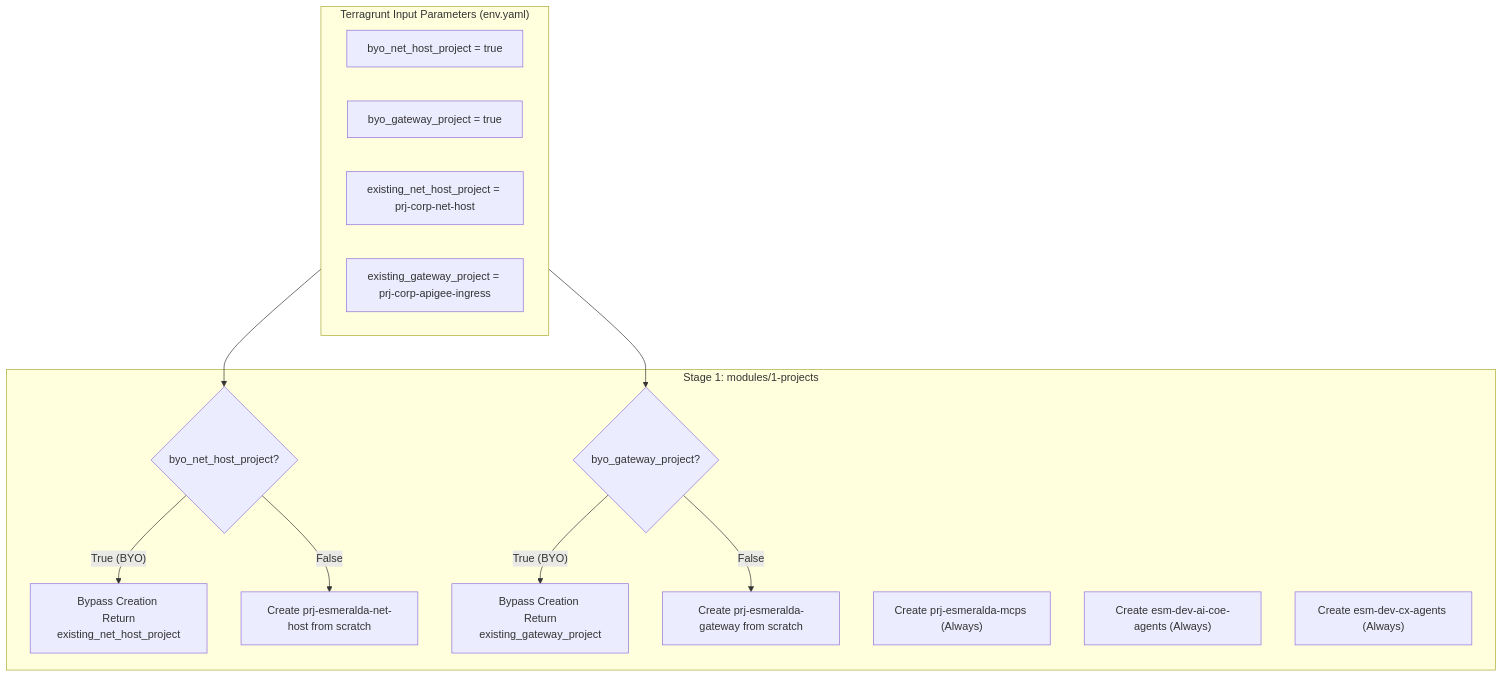
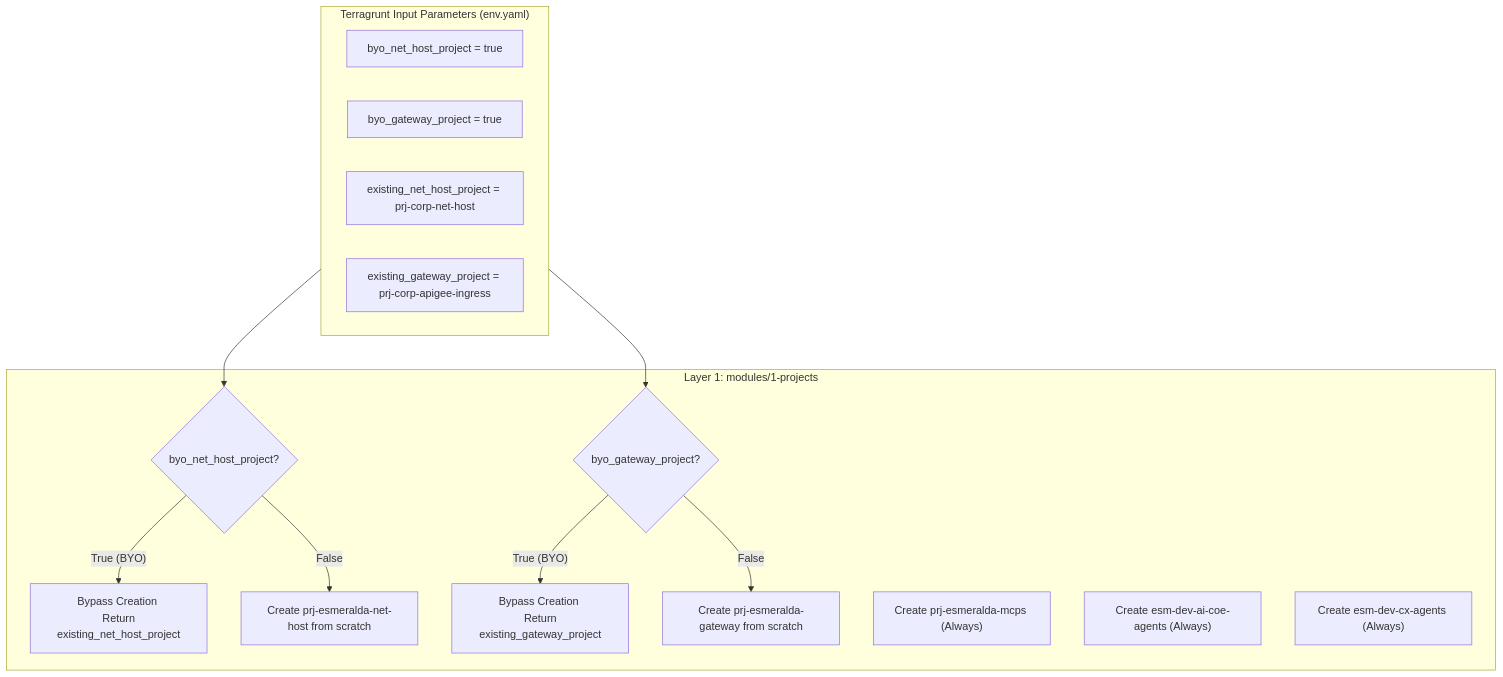
One commit to google/esmeralda changed the first of 2 diagrams in docs/1-platform-foundations/01-projects-and-finops.md. Above: the diagram before and after it, drawn with Mermaid. The commit also changed other lines of this file and 75 other files, not shown here.

First line of the commit message:
refactor: use "layer" instead of "stage" throughout

````diff
--- a/docs/1-platform-foundations/01-projects-and-finops.md
+++ b/docs/1-platform-foundations/01-projects-and-finops.md
@@ -51,27 +51,27 @@
 ```mermaid
 flowchart TD
     subgraph Inputs["Terragrunt Input Parameters (env.yaml)"]
         BYO_Net["byo_net_host_project = true"]
         BYO_Gwy["byo_gateway_project = true"]
         Exist_Net["existing_net_host_project = prj-corp-net-host"]
         Exist_Gwy["existing_gateway_project = prj-corp-apigee-ingress"]
     end
 
-    subgraph Stage1["Stage 1: modules/1-projects"]
+    subgraph Layer1["Layer 1: modules/1-projects"]
         Check_Net{byo_net_host_project?}
         Check_Gwy{byo_gateway_project?}
         
         Check_Net -- "True (BYO)" --> Skip_Net["Bypass Creation <br/> Return existing_net_host_project"]
         Check_Net -- "False" --> Create_Net["Create prj-esmeralda-net-host from scratch"]
         
         Check_Gwy -- "True (BYO)" --> Skip_Gwy["Bypass Creation <br/> Return existing_gateway_project"]
         Check_Gwy -- "False" --> Create_Gwy["Create prj-esmeralda-gateway from scratch"]
         
         Create_MCPS["Create prj-esmeralda-mcps (Always)"]
         Create_A2A["Create esm-dev-ai-coe-agents (Always)"]
         Create_Root["Create esm-dev-cx-agents (Always)"]
     end
 
     Inputs --> Check_Net
     Inputs --> Check_Gwy
 ```
````
